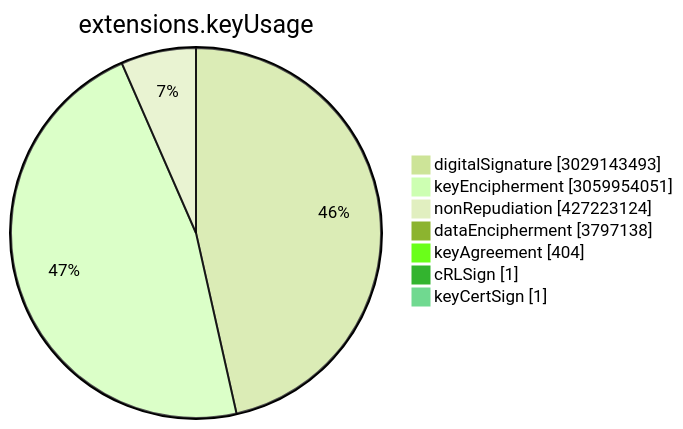
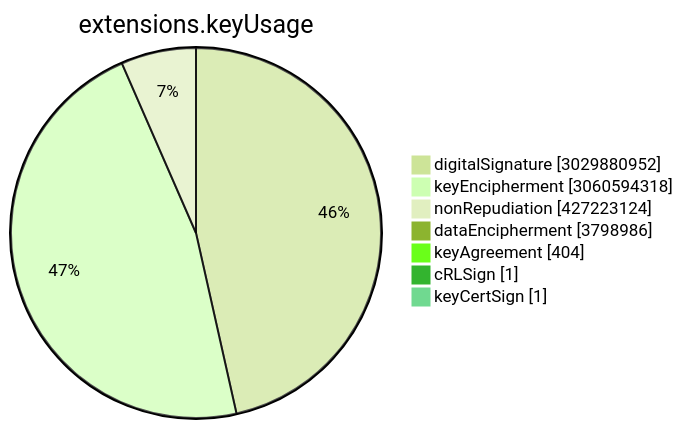
Before and after one commit to christiankrug/ctmonitor_visualization: the sixth of 15 diagrams in TOTAL/README.md, drawn with Mermaid (forest theme). The commit also changed other lines of this file, not shown here.

````diff
--- a/TOTAL/README.md
+++ b/TOTAL/README.md
@@ -3077,11 +3077,11 @@
 ```mermaid
 pie showData
 title extensions.keyUsage
-"digitalSignature" :3029143493
-"keyEncipherment" :3059954051
+"digitalSignature" :3029880952
+"keyEncipherment" :3060594318
 "nonRepudiation" :427223124
-"dataEncipherment" :3797138
+"dataEncipherment" :3798986
 "keyAgreement" :404
 "cRLSign" :1
 "keyCertSign" :1
 ```
````
